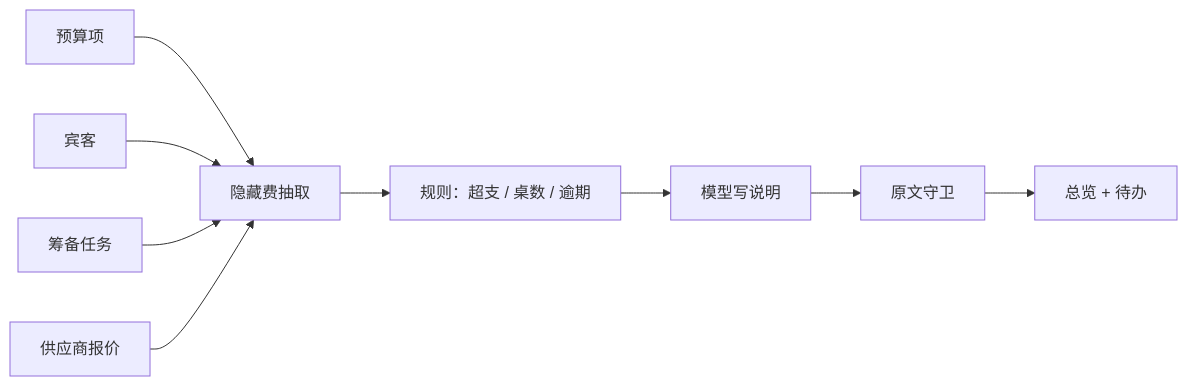
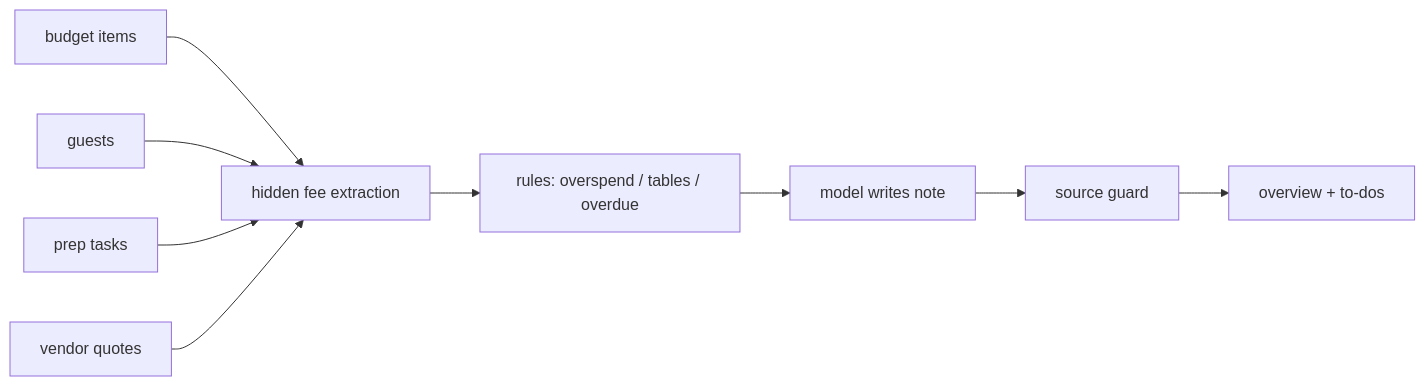
The diagram in README.en.md (wushiyi105-jpg/vow), drawn with Mermaid before and after one commit. The commit also changed other lines of this file and 4 other files, not shown here.

````diff
--- a/README.en.md
+++ b/README.en.md
@@ -64,11 +67,11 @@
 ```mermaid
 graph LR
-  A[预算项] --> M[超支比对]
-  B[宾客] --> M[桌数换算]
-  C[筹备任务] --> M[倒排]
-  D[供应商报价] --> M[隐藏费抽取]
-  M --> R[规则：超支 / 桌数 / 逾期]
-  R --> P[模型写说明]
-  P --> G[原文守卫]
-  G --> O[总览 + 待办]
+  A[budget items] --> M[overspend compare]
+  B[guests] --> M[table conversion]
+  C[prep tasks] --> M[back-schedule]
+  D[vendor quotes] --> M[hidden fee extraction]
+  M --> R[rules: overspend / tables / overdue]
+  R --> P[model writes note]
+  P --> G[source guard]
+  G --> O[overview + to-dos]
 ```
````
